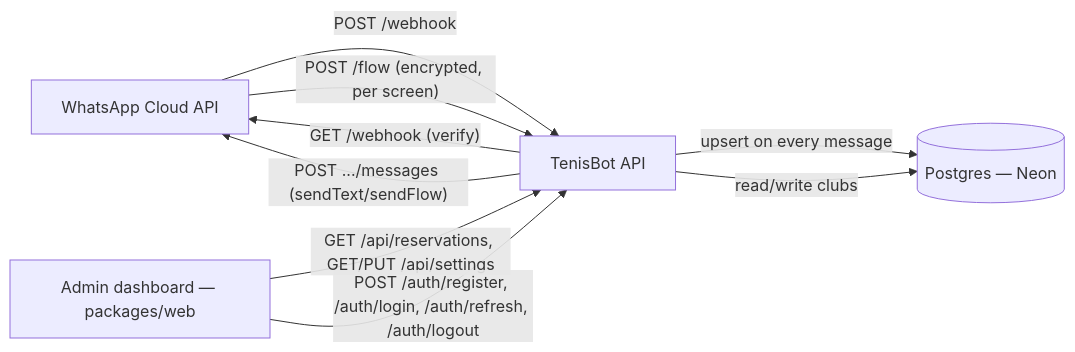
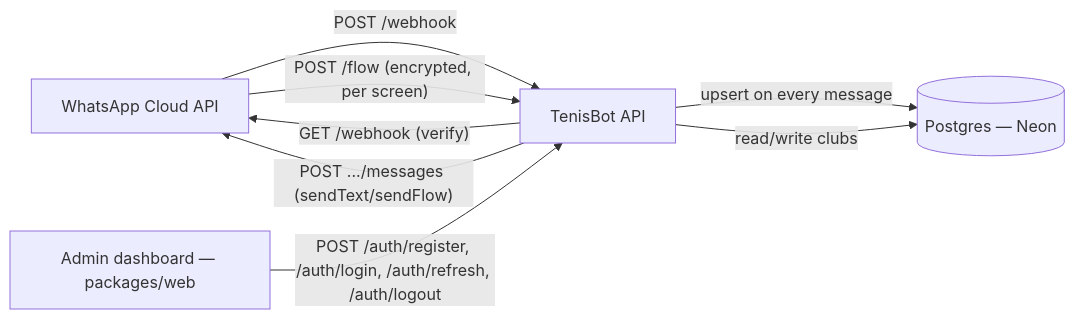
Before and after one commit to jluncashu/tennis-bot: the diagram in docs/app/architecture.md, drawn with Mermaid. The commit also changed other lines of this file and 13 other files, not shown here.

````diff
--- a/docs/app/architecture.md
+++ b/docs/app/architecture.md
@@ -12,11 +12,10 @@
 ```mermaid
 graph LR
   WA[WhatsApp Cloud API] -- "POST /webhook" --> API[TenisBot API]
   API -- "GET /webhook (verify)" --> WA
   API -- "POST .../messages (sendText/sendFlow)" --> WA
   WA -- "POST /flow (encrypted, per screen)" --> API
   API -- "upsert on every message" --> DB[(Postgres — Neon)]
-  WEB[Admin dashboard — packages/web] -- "GET /api/reservations, GET/PUT /api/settings" --> API
-  WEB -- "POST /auth/register, /auth/login, /auth/refresh, /auth/logout" --> API
+  WEB[Admin dashboard — packages/web] -- "POST /auth/register, /auth/login, /auth/refresh, /auth/logout" --> API
   API -- "read/write clubs" --> DB
 ```
````
